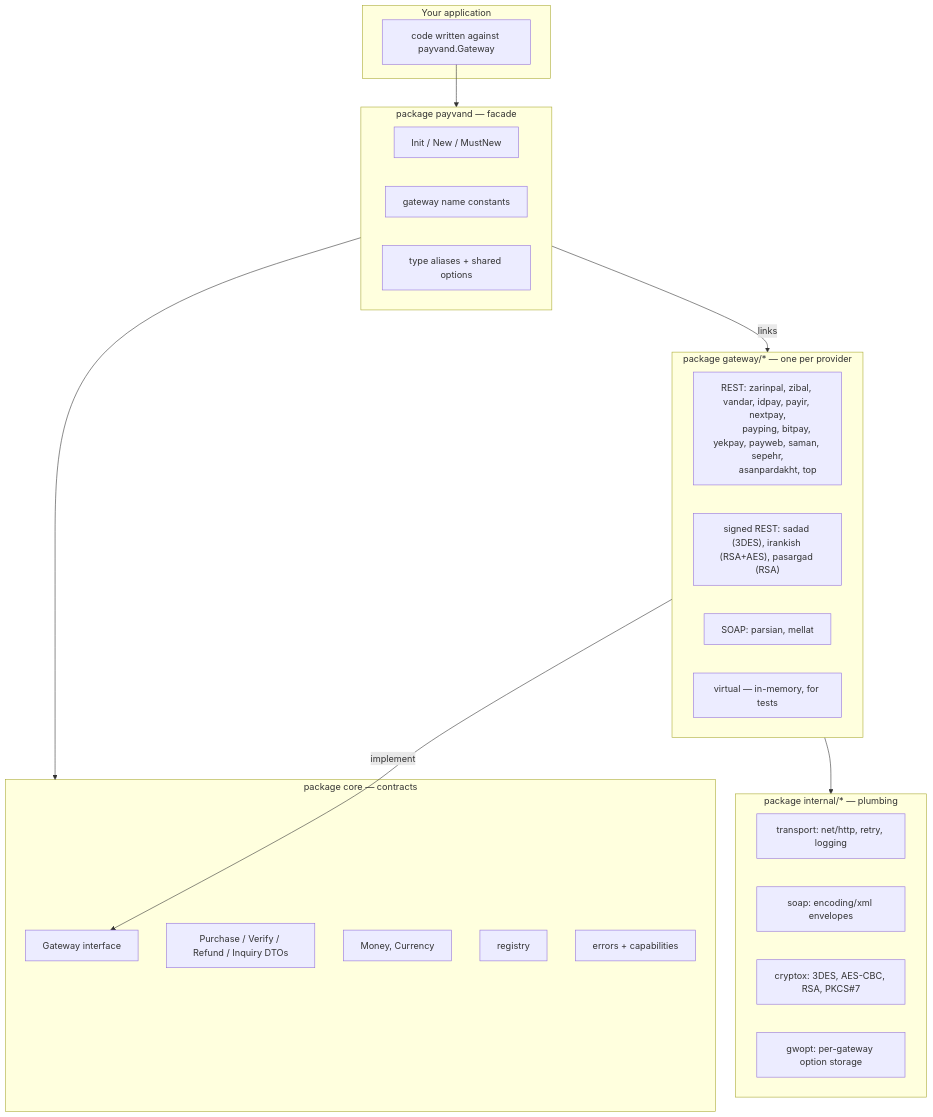
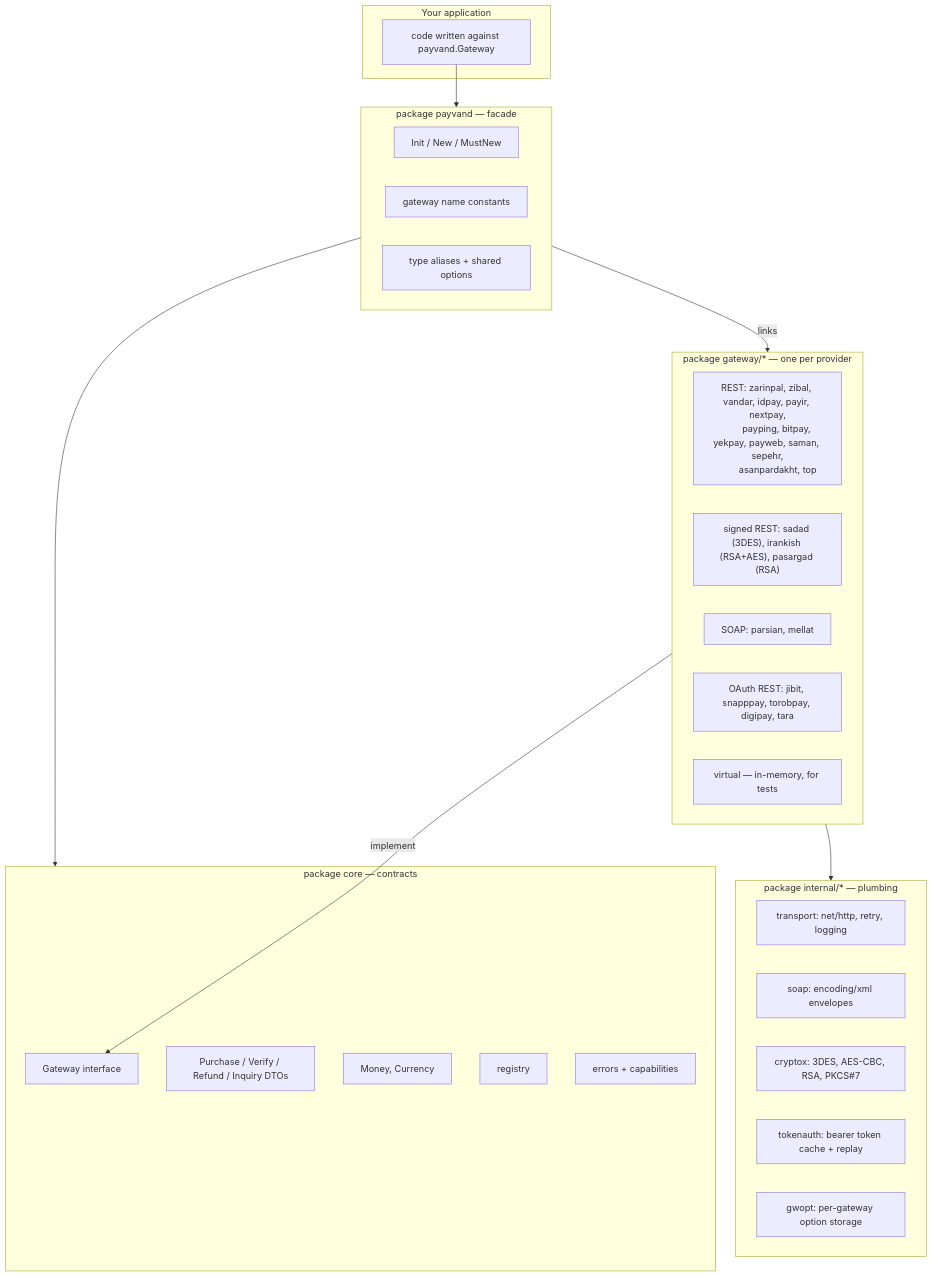
One commit to amiranmanesh/payvand changed the third of 3 diagrams in README.md. Above: the diagram before and after it, drawn with Mermaid. The commit also changed other lines of this file and 2 other files, not shown here.

````diff
--- a/README.md
+++ b/README.md
@@ -204,41 +205,43 @@
 ```mermaid
 flowchart TB
     subgraph app["Your application"]
         code["code written against payvand.Gateway"]
     end
 
     subgraph facade["package payvand — facade"]
         init["Init / New / MustNew"]
         names["gateway name constants"]
         alias["type aliases + shared options"]
     end
 
     subgraph core["package core — contracts"]
         iface["Gateway interface"]
         dto["Purchase / Verify / Refund / Inquiry DTOs"]
         money["Money, Currency"]
         reg["registry"]
         errs["errors + capabilities"]
     end
 
     subgraph gws["package gateway/* — one per provider"]
         rest["REST: zarinpal, zibal, vandar, idpay, payir, nextpay,
         payping, bitpay, yekpay, payweb, saman, sepehr,
         asanpardakht, top"]
         signed["signed REST: sadad (3DES), irankish (RSA+AES), pasargad (RSA)"]
         soap["SOAP: parsian, mellat"]
+        oauth["OAuth REST: jibit, snapppay, torobpay, digipay, tara"]
         virt["virtual — in-memory, for tests"]
     end
 
     subgraph internal["package internal/* — plumbing"]
         transport["transport: net/http, retry, logging"]
         soaplib["soap: encoding/xml envelopes"]
         crypto["cryptox: 3DES, AES-CBC, RSA, PKCS#7"]
+        tokens["tokenauth: bearer token cache + replay"]
         gwopt["gwopt: per-gateway option storage"]
     end
 
     code --> facade --> core
     gws -- implement --> iface
     facade -- links --> gws
     gws --> internal
 ```
````
